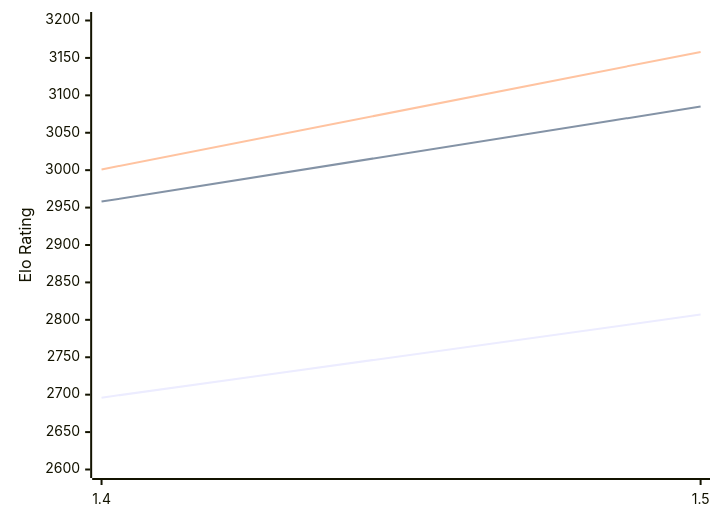
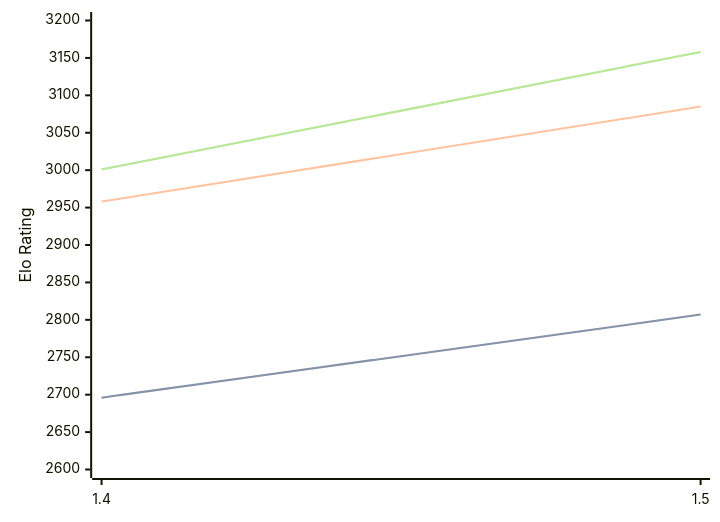
Before and after one commit to computer-chess-index/cci: the diagram in engines/Yakka.md, drawn with Mermaid. The commit also changed other lines of this file, not shown here.

Commit message:
Update CCI Ratings (ELO VLTC) - 2026-02-13

````diff
--- a/engines/Yakka.md
+++ b/engines/Yakka.md
@@ -33,9 +33,11 @@
 ```mermaid
 %%{init: {"theme":"base","themeVariables":{"seriesColors:['#a3a3a3','#222221','#faa371']}}}%%
 xychart-beta
   x-axis ["1.4", "1.5"]
   y-axis "Elo Rating" 2600 --> 3200
   line "STC (8.0+0.08s)" [2696, 2807]
+  line "STC (8.0+0.08s)" [2696, 2807]
   line "LTC (60.0+0.60s)" [2958, 3085]
   line "VLTC (2m24s+1.12s)" [3001, 3158]
+  line "VLTC (2m24s+1.12s)" [3001, 3158]
 ```
````
